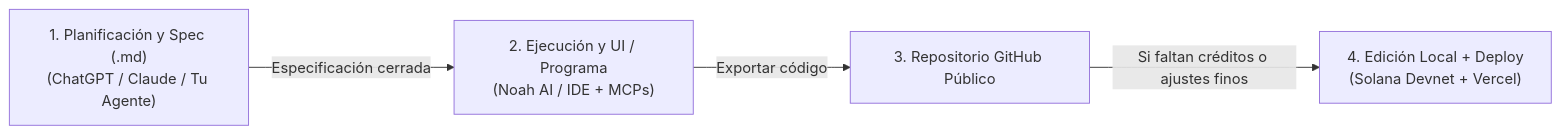
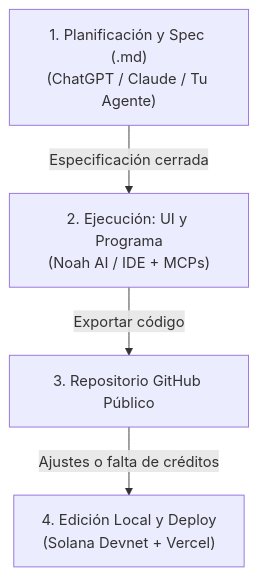
Before and after one commit to kernel-devs-lab/lab: the diagram in rust bootcamp/resumen/11-vibecode-solana.md, drawn with Mermaid. The commit also changed 3 other files, not shown here.

Commit message:
fix(docs): ajustar diagramas mermaid a vertical y usar br para evitar recortes

````diff
--- a/rust bootcamp/resumen/11-vibecode-solana.md
+++ b/rust bootcamp/resumen/11-vibecode-solana.md
@@ -34,6 +34,6 @@
 ```mermaid
-flowchart LR
-    P["1. Planificación y Spec (.md)\n(ChatGPT / Claude / Tu Agente)"] -->|"Especificación cerrada"| E["2. Ejecución y UI / Programa\n(Noah AI / IDE + MCPs)"]
+flowchart TD
+    P["1. Planificación y Spec (.md)<br/>(ChatGPT / Claude / Tu Agente)"] -->|"Especificación cerrada"| E["2. Ejecución: UI y Programa<br/>(Noah AI / IDE + MCPs)"]
     E -->|"Exportar código"| GH["3. Repositorio GitHub Público"]
-    GH -->|"Si faltan créditos o ajustes finos"| Local["4. Edición Local + Deploy\n(Solana Devnet + Vercel)"]
+    GH -->|"Ajustes o falta de créditos"| Local["4. Edición Local y Deploy<br/>(Solana Devnet + Vercel)"]
 ```
````
